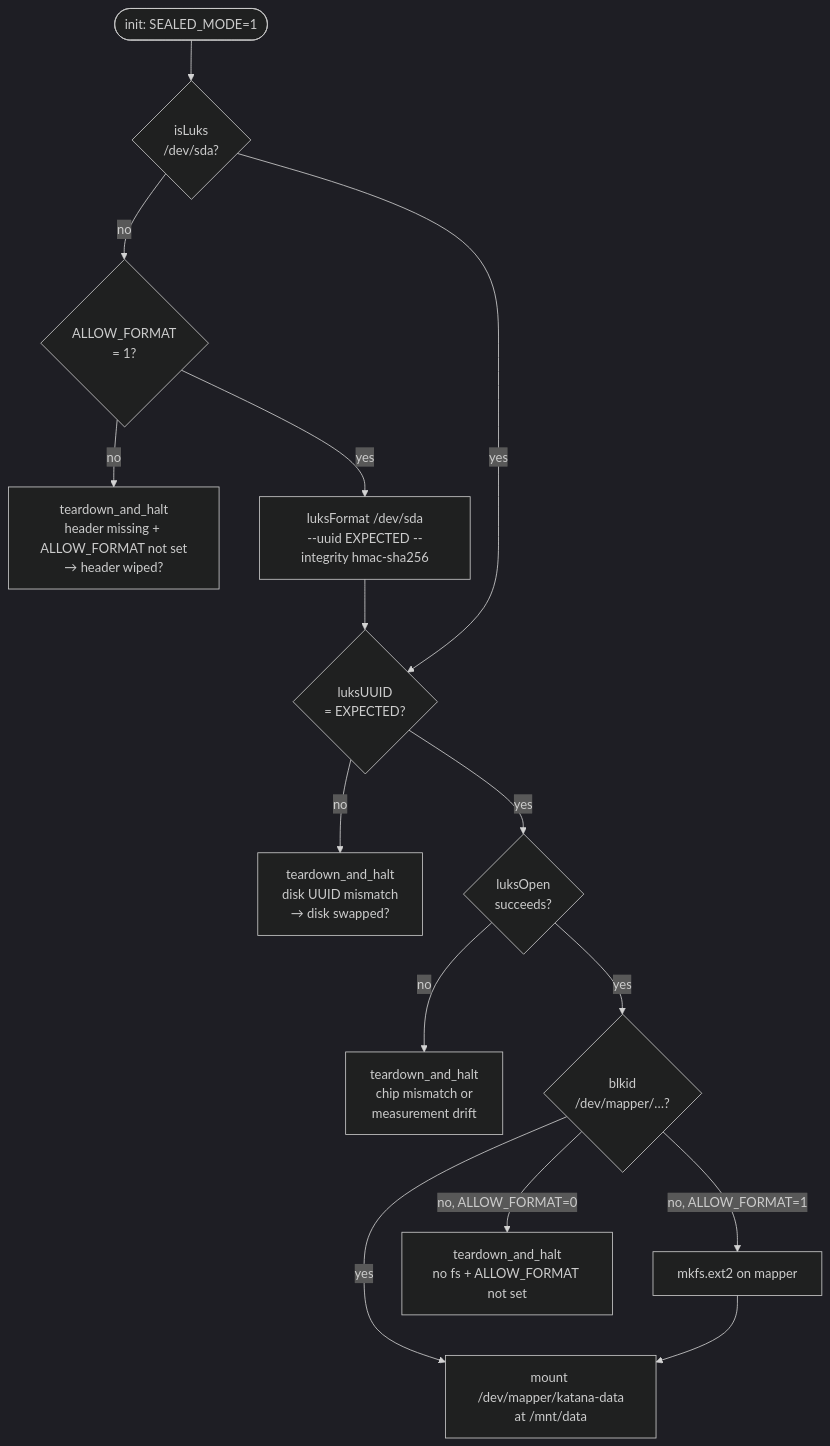
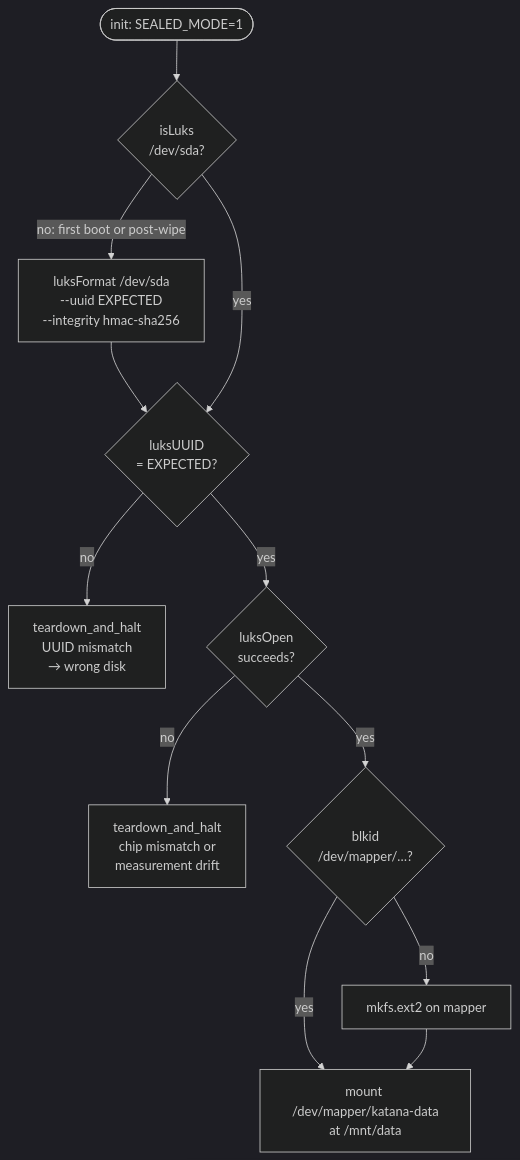
The fourth of 4 diagrams in docs/amdsev.md (dojoengine/katana), drawn with Mermaid (dark theme) before and after one commit. The commit also changed other lines of this file, not shown here.

````diff
--- a/docs/amdsev.md
+++ b/docs/amdsev.md
@@ -252,31 +254,25 @@
 ```mermaid
 flowchart TD
     Start([init: SEALED_MODE=1])
     HasHeader{isLuks<br/>/dev/sda?}
-    Fail1[teardown_and_halt<br/>header missing + ALLOW_FORMAT not set<br/>→ header wiped?]
-    CanFormat{ALLOW_FORMAT<br/>= 1?}
-    Format[luksFormat /dev/sda<br/>--uuid EXPECTED --integrity hmac-sha256]
+    Format[luksFormat /dev/sda<br/>--uuid EXPECTED<br/>--integrity hmac-sha256]
     UUIDCheck{luksUUID<br/>= EXPECTED?}
-    Fail2[teardown_and_halt<br/>disk UUID mismatch<br/>→ disk swapped?]
+    FailUUID[teardown_and_halt<br/>UUID mismatch<br/>→ wrong disk]
     Open{luksOpen<br/>succeeds?}
-    Fail3[teardown_and_halt<br/>chip mismatch or<br/>measurement drift]
+    FailOpen[teardown_and_halt<br/>chip mismatch or<br/>measurement drift]
     HasFS{blkid<br/>/dev/mapper/…?}
     Mkfs[mkfs.ext2 on mapper]
-    Fail4[teardown_and_halt<br/>no fs + ALLOW_FORMAT not set]
     Mount[mount /dev/mapper/katana-data<br/>at /mnt/data]
 
     Start --> HasHeader
-    HasHeader -->|no| CanFormat
-    CanFormat -->|no| Fail1
-    CanFormat -->|yes| Format
+    HasHeader -->|no: first boot or post-wipe| Format
     Format --> UUIDCheck
     HasHeader -->|yes| UUIDCheck
-    UUIDCheck -->|no| Fail2
+    UUIDCheck -->|no| FailUUID
     UUIDCheck -->|yes| Open
-    Open -->|no| Fail3
+    Open -->|no| FailOpen
     Open -->|yes| HasFS
     HasFS -->|yes| Mount
-    HasFS -->|no, ALLOW_FORMAT=0| Fail4
-    HasFS -->|no, ALLOW_FORMAT=1| Mkfs
+    HasFS -->|no| Mkfs
     Mkfs --> Mount
 ```
````
